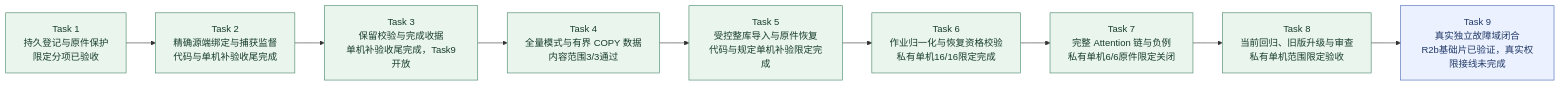
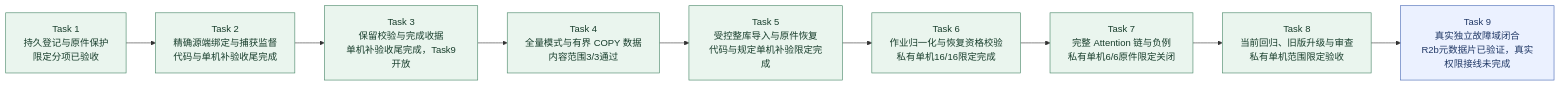
One commit to MansurnamedZhang/learning-system-p0c4 changed the second of 9 diagrams in docs/KnowWeave实施路线与系统架构.md. Above: the diagram before and after it, drawn with Mermaid. The commit also changed other lines of this file and 12 other files, not shown here.

````diff
--- a/docs/KnowWeave实施路线与系统架构.md
+++ b/docs/KnowWeave实施路线与系统架构.md
@@ -80,25 +80,25 @@
 ```mermaid
 flowchart LR
     C4T1["Task 1<br/>持久登记与原件保护<br/>限定分项已验收"]
     C4T2["Task 2<br/>精确源端绑定与捕获监督<br/>代码与单机补验收尾完成"]
     C4T3["Task 3<br/>保留校验与完成收据<br/>单机补验收尾完成，Task9开放"]
     C4T4["Task 4<br/>全量模式与有界 COPY 数据<br/>内容范围3/3通过"]
     C4T5["Task 5<br/>受控整库导入与原件恢复<br/>代码与规定单机补验限定完成"]
     C4T6["Task 6<br/>作业归一化与恢复资格校验<br/>私有单机16/16限定完成"]
     C4T7["Task 7<br/>完整 Attention 链与负例<br/>私有单机6/6原件限定关闭"]
     C4T8["Task 8<br/>当前回归、旧版升级与审查<br/>私有单机范围限定验收"]
-    C4T9["Task 9<br/>真实独立故障域闭合<br/>R2b基础片已验证，真实权限接线未完成"]
+    C4T9["Task 9<br/>真实独立故障域闭合<br/>R2b元数据片已验证，真实权限接线未完成"]
     C4T1 --> C4T2
     C4T2 --> C4T3
     C4T3 --> C4T4
     C4T4 --> C4T5
     C4T5 --> C4T6
     C4T6 --> C4T7
     C4T7 --> C4T8
     C4T8 --> C4T9
     class C4T1,C4T2,C4T3,C4T4,C4T5,C4T6,C4T7,C4T8 done
     class C4T9 next
     classDef done fill:#eaf5ee,stroke:#438363,color:#173d2b
     classDef next fill:#ebf1ff,stroke:#4365b4,color:#203866
     classDef planned fill:#f2f4f8,stroke:#8591a3,color:#28354b
 ```
````
